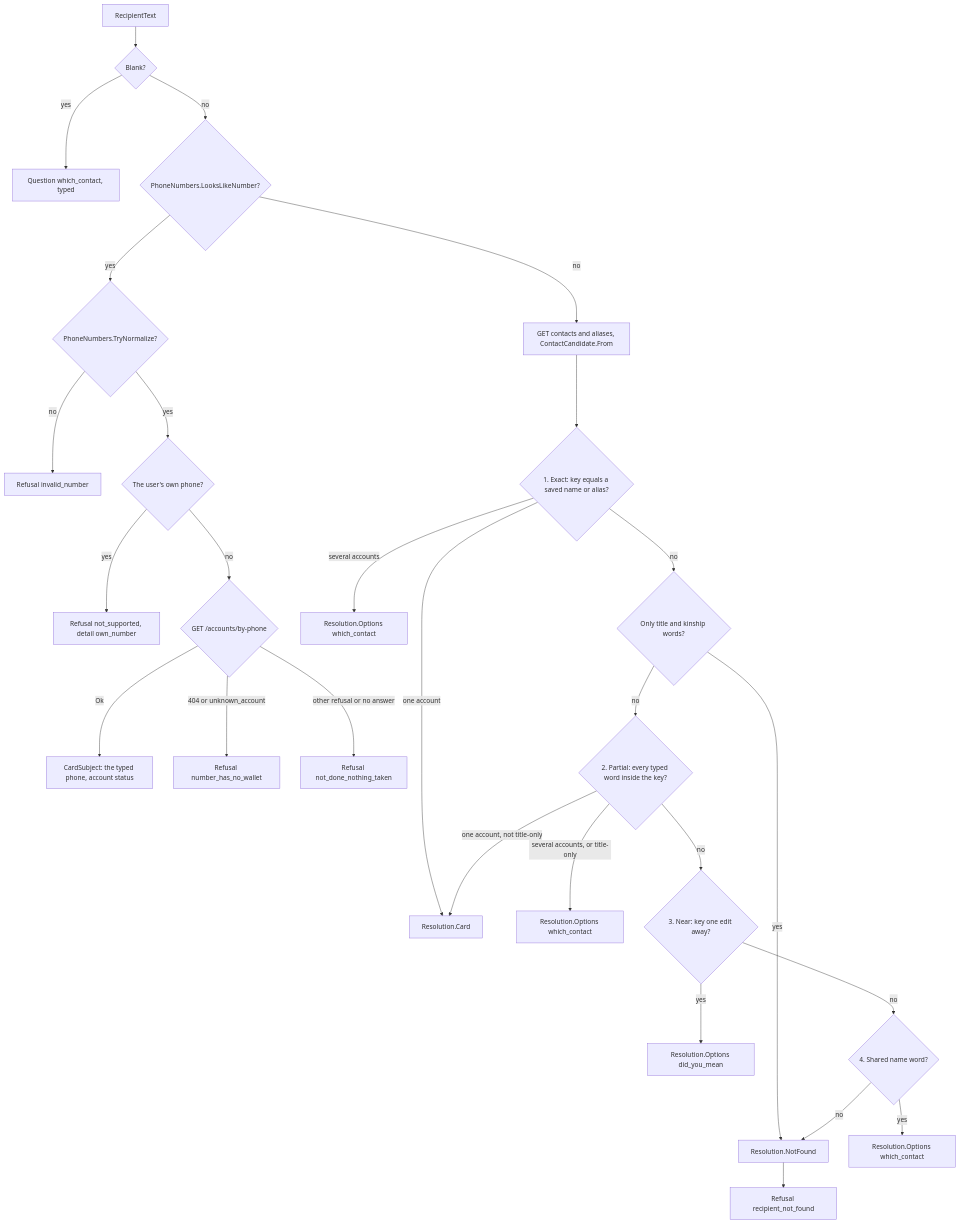
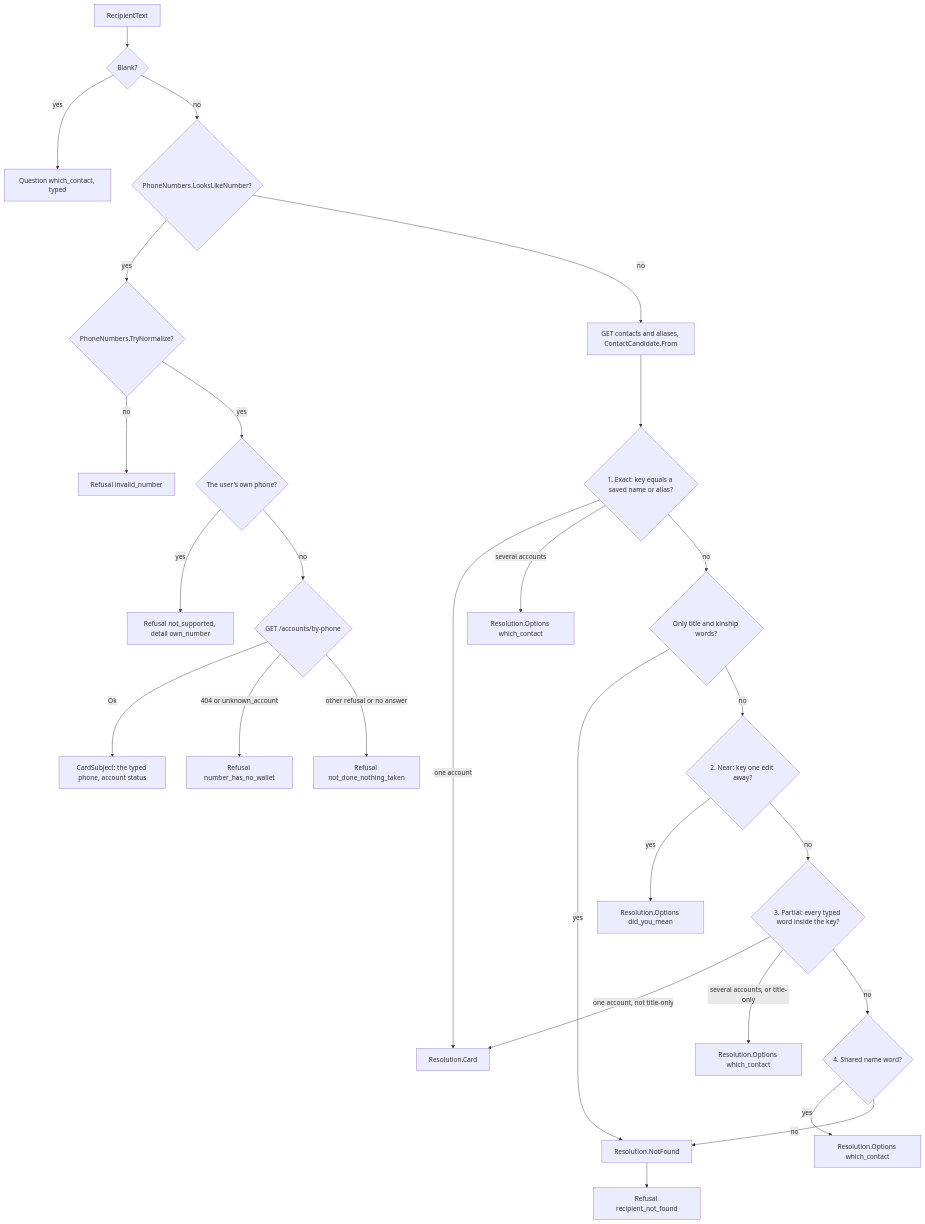
One commit to Khalil-Alhadidi/Naqoli changed the fourth of 13 diagrams in docs/agent-core.md. Above: the diagram before and after it, drawn with Mermaid. The commit also changed other lines of this file and 3 other files, not shown here.

Commit message:
fix(agent): a near spelling is checked before a partial match and asks did_you_mean

````diff
--- a/docs/agent-core.md
+++ b/docs/agent-core.md
@@ -148,31 +148,31 @@
 ```mermaid
 flowchart TD
     start["RecipientText"] --> blank{"Blank?"}
     blank -- yes --> askWho["Question which_contact, typed"]
     blank -- no --> number{"PhoneNumbers.LooksLikeNumber?"}
 
     number -- yes --> norm{"PhoneNumbers.TryNormalize?"}
     norm -- no --> invalid["Refusal invalid_number"]
     norm -- yes --> own{"The user's own phone?"}
     own -- yes --> ownNo["Refusal not_supported, detail own_number"]
     own -- no --> byPhone{"GET /accounts/by-phone"}
     byPhone -- "Ok" --> phoneCard["CardSubject: the typed phone, account status"]
     byPhone -- "404 or unknown_account" --> noWallet["Refusal number_has_no_wallet"]
     byPhone -- "other refusal or no answer" --> unread["Refusal not_done_nothing_taken"]
 
     number -- no --> contacts["GET contacts and aliases, ContactCandidate.From"]
     contacts --> exact{"1. Exact: key equals a saved name or alias?"}
     exact -- "one account" --> card["Resolution.Card"]
     exact -- "several accounts" --> whichA["Resolution.Options which_contact"]
     exact -- no --> titles{"Only title and kinship words?"}
     titles -- yes --> notFound["Resolution.NotFound"]
-    titles -- no --> partial{"2. Partial: every typed word inside the key?"}
+    titles -- no --> near{"2. Near: key one edit away?"}
+    near -- yes --> didYou["Resolution.Options did_you_mean"]
+    near -- no --> partial{"3. Partial: every typed word inside the key?"}
     partial -- "one account, not title-only" --> card
     partial -- "several accounts, or title-only" --> whichB["Resolution.Options which_contact"]
-    partial -- no --> near{"3. Near: key one edit away?"}
-    near -- yes --> didYou["Resolution.Options did_you_mean"]
-    near -- no --> shared{"4. Shared name word?"}
+    partial -- no --> shared{"4. Shared name word?"}
     shared -- yes --> whichC["Resolution.Options which_contact"]
     shared -- no --> notFound
     notFound --> refuse["Refusal recipient_not_found"]
 ```
````
